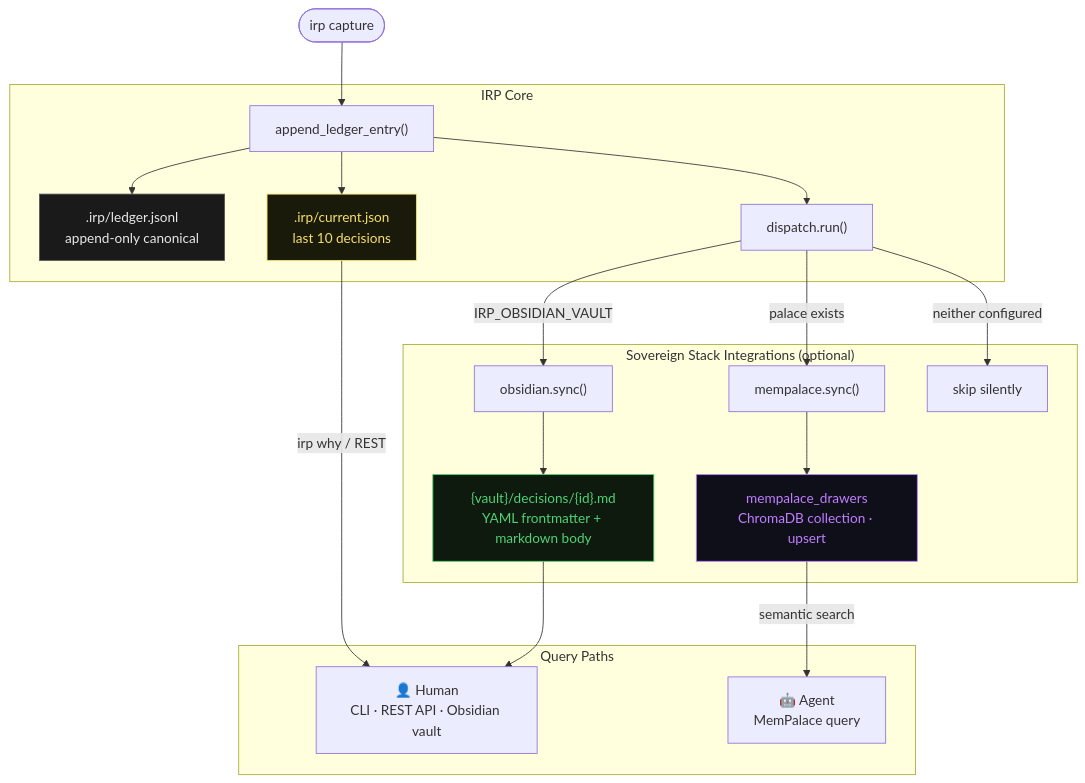
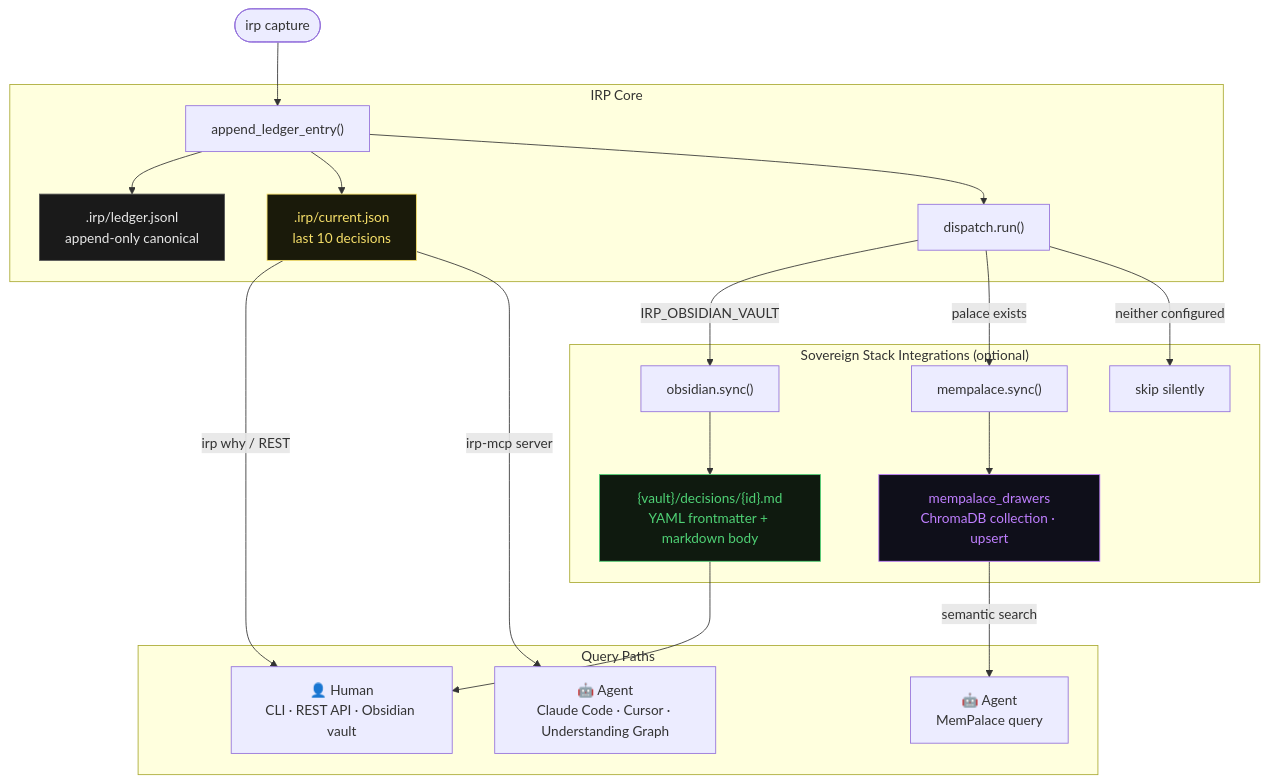
One commit to S0tman/irp-capture changed the second of 2 diagrams in book/ch6-extensibility.md. Above: the diagram before and after it, drawn with Mermaid.

Commit message:
Update ch6 architecture diagram to show MCP query path
The "Architecture: three destinations, one capture" Mermaid diagram
now shows the irp-mcp server as an explicit query path for agents
(Claude Code, Cursor, Understanding Graph) alongside REST API and CLI.

````diff
--- a/book/ch6-extensibility.md
+++ b/book/ch6-extensibility.md
@@ -331,31 +331,32 @@
 ```mermaid
 flowchart TD
     A([irp capture]) --> B
 
     subgraph Core["IRP Core"]
         B["append_ledger_entry()"]
         B --> C[".irp/ledger.jsonl\nappend-only canonical"]
         B --> D[".irp/current.json\nlast 10 decisions"]
         B --> E["dispatch.run()"]
     end
 
     subgraph Integrations["Sovereign Stack Integrations (optional)"]
         E -->|IRP_OBSIDIAN_VAULT| F["obsidian.sync()"]
         E -->|palace exists| G["mempalace.sync()"]
         E -->|neither configured| H["skip silently"]
 
         F --> I["{vault}/decisions/{id}.md\nYAML frontmatter + markdown body"]
         G --> J["mempalace_drawers\nChromaDB collection · upsert"]
     end
 
     subgraph Query["Query Paths"]
         D -->|irp why / REST| K["👤 Human\nCLI · REST API · Obsidian vault"]
         I --> K
+        D -->|irp-mcp server| M["🤖 Agent\nClaude Code · Cursor · Understanding Graph"]
         J -->|semantic search| L["🤖 Agent\nMemPalace query"]
     end
 
     style C fill:#1a1a1a,stroke:#555,color:#e8e8e8
     style D fill:#1a1a0a,stroke:#f7e06a,color:#f7e06a
     style I fill:#0f1a0f,stroke:#4fd175,color:#4fd175
     style J fill:#0f0f1a,stroke:#bf7fff,color:#bf7fff
 ```
````
